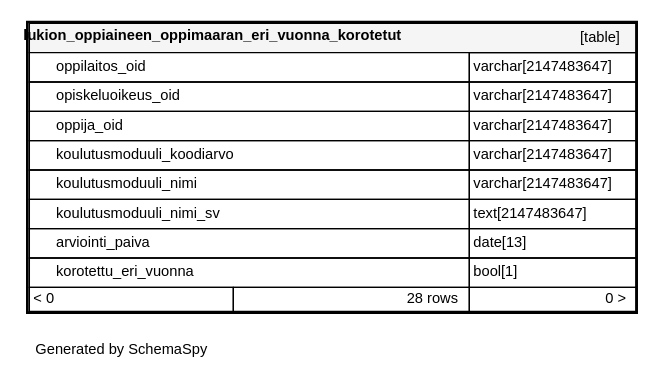
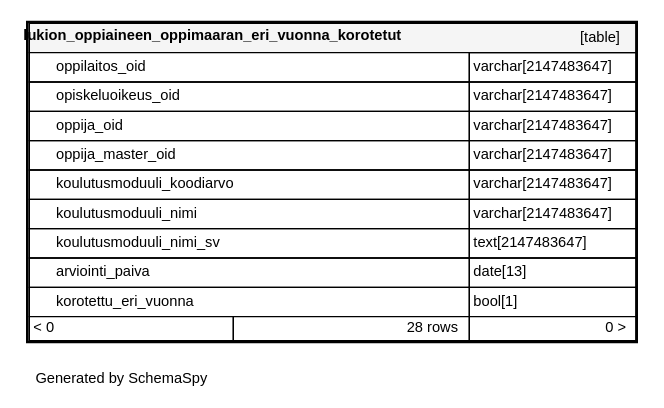
The diagram in documentation/tietokantaskeemat/koski-raportointikanta/diagrams/tables/lukion_oppiaineen_oppimaaran_er_a8537125.1degree.dot (Opetushallitus/koski), drawn with Graphviz before and after one commit. The commit also changed 44 other files, not shown here.

```diff
--- a/documentation/tietokantaskeemat/koski-raportointikanta/diagrams/tables/lukion_oppiaineen_oppimaaran_er_a8537125.1degree.dot
+++ b/documentation/tietokantaskeemat/koski-raportointikanta/diagrams/tables/lukion_oppiaineen_oppimaaran_er_a8537125.1degree.dot
@@ -1,21 +1,22 @@
 digraph "oneDegreeRelationshipsDiagram" {
   graph [    rankdir="RL"    bgcolor="#ffffff"    label="\nGenerated by SchemaSpy"    labeljust="l"    nodesep="0.18"    ranksep="0.46"    fontname="Helvetica"    fontsize="11"    ration="compress"  ];  node [    fontname="Helvetica"    fontsize="11"    shape="plaintext"  ];  edge [    arrowsize="0.8"  ];
   "lukion_oppiaineen_oppimaaran_eri_vuonna_korotetut" [
    label=<
     <TABLE BORDER="2" CELLBORDER="1" CELLSPACING="0" BGCOLOR="#ffffff">
       <TR><TD COLSPAN="4"  BGCOLOR="#f5f5f5"><TABLE BORDER="0" CELLSPACING="0"><TR><TD ALIGN="LEFT" FIXEDSIZE="TRUE" WIDTH="309" HEIGHT="16"><B>lukion_oppiaineen_oppimaaran_eri_vuonna_korotetut</B></TD><TD ALIGN="RIGHT">[table]</TD></TR></TABLE></TD></TR>
       <TR><TD PORT="oppilaitos_oid" COLSPAN="2" BGCOLOR="#ffffff" ALIGN="LEFT"><TABLE BORDER="0" CELLSPACING="0" ALIGN="LEFT"><TR ALIGN="LEFT"><TD ALIGN="LEFT" FIXEDSIZE="TRUE" WIDTH="15" HEIGHT="16"></TD><TD ALIGN="LEFT" FIXEDSIZE="TRUE" WIDTH="309" HEIGHT="16">oppilaitos_oid</TD></TR></TABLE></TD><TD PORT="oppilaitos_oid.type" ALIGN="LEFT">varchar[2147483647]</TD></TR>
       <TR><TD PORT="opiskeluoikeus_oid" COLSPAN="2" ALIGN="LEFT"><TABLE BORDER="0" CELLSPACING="0" ALIGN="LEFT"><TR ALIGN="LEFT"><TD ALIGN="LEFT" FIXEDSIZE="TRUE" WIDTH="15" HEIGHT="16"></TD><TD ALIGN="LEFT" FIXEDSIZE="TRUE" WIDTH="309" HEIGHT="16">opiskeluoikeus_oid</TD></TR></TABLE></TD><TD PORT="opiskeluoikeus_oid.type" ALIGN="LEFT">varchar[2147483647]</TD></TR>
       <TR><TD PORT="oppija_oid" COLSPAN="2" ALIGN="LEFT"><TABLE BORDER="0" CELLSPACING="0" ALIGN="LEFT"><TR ALIGN="LEFT"><TD ALIGN="LEFT" FIXEDSIZE="TRUE" WIDTH="15" HEIGHT="16"></TD><TD ALIGN="LEFT" FIXEDSIZE="TRUE" WIDTH="309" HEIGHT="16">oppija_oid</TD></TR></TABLE></TD><TD PORT="oppija_oid.type" ALIGN="LEFT">varchar[2147483647]</TD></TR>
+      <TR><TD PORT="oppija_master_oid" COLSPAN="2" ALIGN="LEFT"><TABLE BORDER="0" CELLSPACING="0" ALIGN="LEFT"><TR ALIGN="LEFT"><TD ALIGN="LEFT" FIXEDSIZE="TRUE" WIDTH="15" HEIGHT="16"></TD><TD ALIGN="LEFT" FIXEDSIZE="TRUE" WIDTH="309" HEIGHT="16">oppija_master_oid</TD></TR></TABLE></TD><TD PORT="oppija_master_oid.type" ALIGN="LEFT">varchar[2147483647]</TD></TR>
       <TR><TD PORT="koulutusmoduuli_koodiarvo" COLSPAN="2" ALIGN="LEFT"><TABLE BORDER="0" CELLSPACING="0" ALIGN="LEFT"><TR ALIGN="LEFT"><TD ALIGN="LEFT" FIXEDSIZE="TRUE" WIDTH="15" HEIGHT="16"></TD><TD ALIGN="LEFT" FIXEDSIZE="TRUE" WIDTH="309" HEIGHT="16">koulutusmoduuli_koodiarvo</TD></TR></TABLE></TD><TD PORT="koulutusmoduuli_koodiarvo.type" ALIGN="LEFT">varchar[2147483647]</TD></TR>
       <TR><TD PORT="koulutusmoduuli_nimi" COLSPAN="2" ALIGN="LEFT"><TABLE BORDER="0" CELLSPACING="0" ALIGN="LEFT"><TR ALIGN="LEFT"><TD ALIGN="LEFT" FIXEDSIZE="TRUE" WIDTH="15" HEIGHT="16"></TD><TD ALIGN="LEFT" FIXEDSIZE="TRUE" WIDTH="309" HEIGHT="16">koulutusmoduuli_nimi</TD></TR></TABLE></TD><TD PORT="koulutusmoduuli_nimi.type" ALIGN="LEFT">varchar[2147483647]</TD></TR>
       <TR><TD PORT="koulutusmoduuli_nimi_sv" COLSPAN="2" ALIGN="LEFT"><TABLE BORDER="0" CELLSPACING="0" ALIGN="LEFT"><TR ALIGN="LEFT"><TD ALIGN="LEFT" FIXEDSIZE="TRUE" WIDTH="15" HEIGHT="16"></TD><TD ALIGN="LEFT" FIXEDSIZE="TRUE" WIDTH="309" HEIGHT="16">koulutusmoduuli_nimi_sv</TD></TR></TABLE></TD><TD PORT="koulutusmoduuli_nimi_sv.type" ALIGN="LEFT">text[2147483647]</TD></TR>
       <TR><TD PORT="arviointi_paiva" COLSPAN="2" ALIGN="LEFT"><TABLE BORDER="0" CELLSPACING="0" ALIGN="LEFT"><TR ALIGN="LEFT"><TD ALIGN="LEFT" FIXEDSIZE="TRUE" WIDTH="15" HEIGHT="16"></TD><TD ALIGN="LEFT" FIXEDSIZE="TRUE" WIDTH="309" HEIGHT="16">arviointi_paiva</TD></TR></TABLE></TD><TD PORT="arviointi_paiva.type" ALIGN="LEFT">date[13]</TD></TR>
       <TR><TD PORT="korotettu_eri_vuonna" COLSPAN="2" ALIGN="LEFT"><TABLE BORDER="0" CELLSPACING="0" ALIGN="LEFT"><TR ALIGN="LEFT"><TD ALIGN="LEFT" FIXEDSIZE="TRUE" WIDTH="15" HEIGHT="16"></TD><TD ALIGN="LEFT" FIXEDSIZE="TRUE" WIDTH="309" HEIGHT="16">korotettu_eri_vuonna</TD></TR></TABLE></TD><TD PORT="korotettu_eri_vuonna.type" ALIGN="LEFT">bool[1]</TD></TR>
       <TR><TD ALIGN="LEFT" BGCOLOR="#ffffff">&lt; 0</TD><TD ALIGN="RIGHT" BGCOLOR="#ffffff">28 rows</TD><TD ALIGN="RIGHT" BGCOLOR="#ffffff">0 &gt;</TD></TR>
     </TABLE>>
     URL="../../tables/lukion_oppiaineen_oppimaaran_er_a8537125.html"
     target="_top"
     tooltip="lukion_oppiaineen_oppimaaran_eri_vuonna_korotetut"
   ];
 }
```
